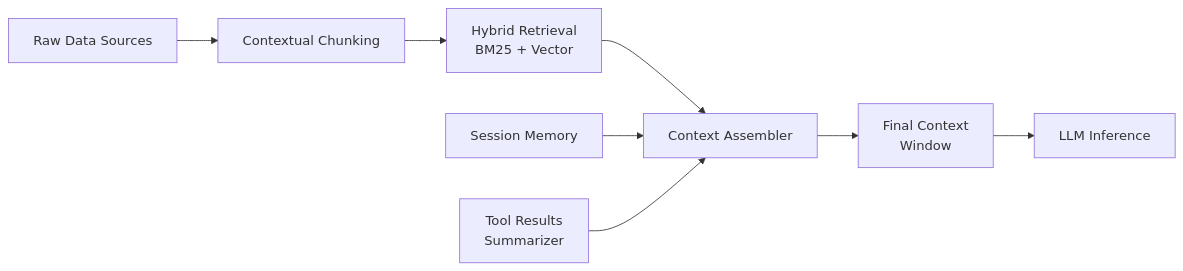
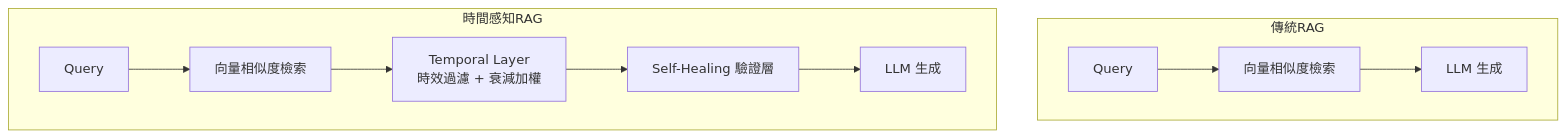
Before and after one commit to livia-hsieh/ai-intel-harness: the second of 5 diagrams in digests/2026-W19/foundation.md, drawn with Mermaid. The commit also changed other lines of this file and 1 other file, not shown here.

````diff
--- a/digests/2026-W19/foundation.md
+++ b/digests/2026-W19/foundation.md
@@ -65,10 +60,13 @@
 ```mermaid
-flowchart LR
-    A[Raw Data Sources] --> B[Contextual Chunking]
-    B --> C[Hybrid Retrieval<br/>BM25 + Vector]
-    C --> D[Context Assembler]
-    E[Session Memory] --> D
-    F[Tool Results<br/>Summarizer] --> D
-    D --> G[Final Context<br/>Window]
-    G --> H[LLM Inference]
+flowchart TD
+    subgraph 傳統RAG
+        Q1[Query] --> R1[向量相似度檢索]
+        R1 --> L1[LLM 生成]
+    end
+    subgraph 時間感知RAG
+        Q2[Query] --> R2[向量相似度檢索]
+        R2 --> T[Temporal Layer<br/>時效過濾 + 衰減加權]
+        T --> V[Self-Healing 驗證層]
+        V --> L2[LLM 生成]
+    end
 ```
````
